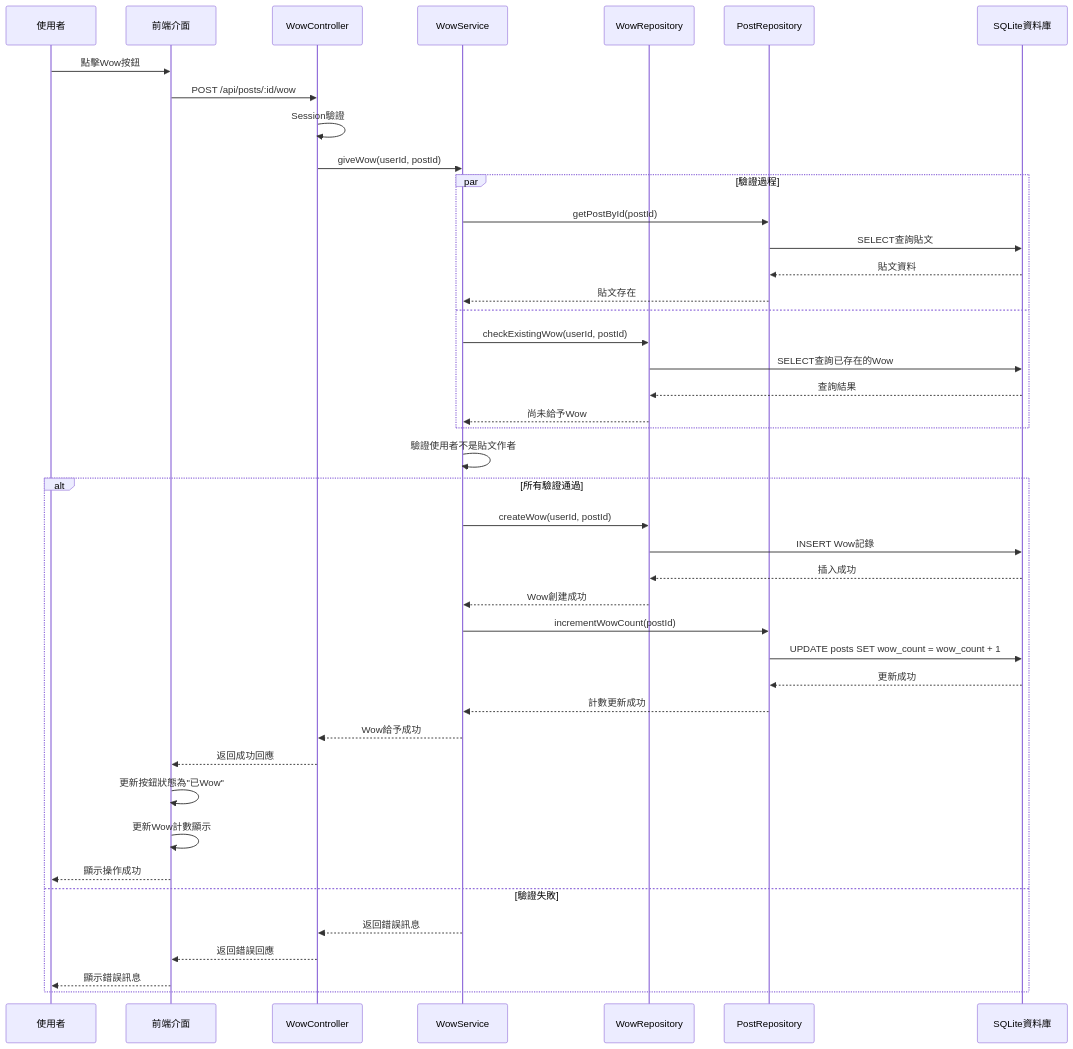
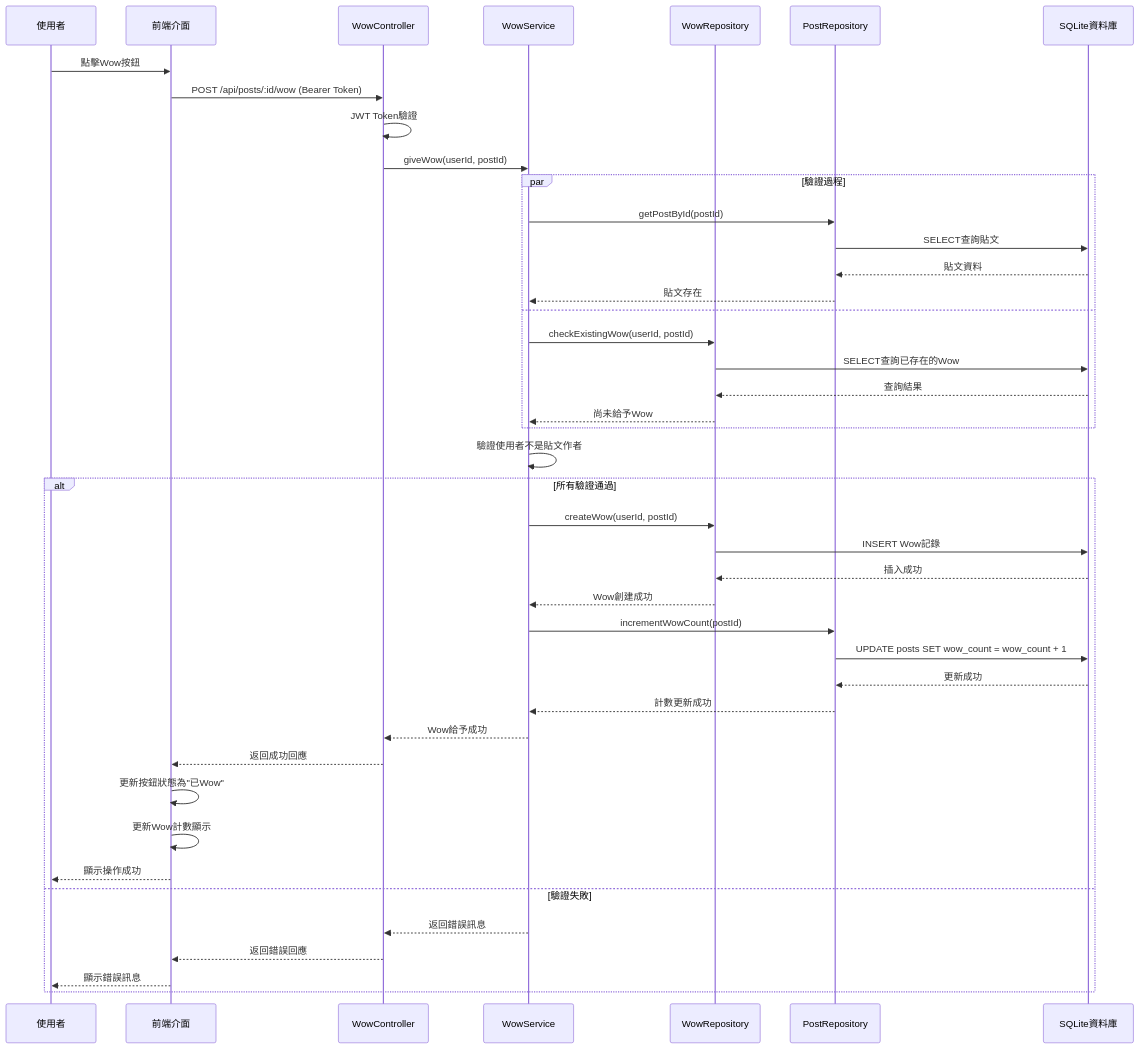
The fourth of 8 diagrams in aotter-wow-system/docs/sequence-diagram.md (ayugioh2003/ooad-ai), drawn with Mermaid before and after one commit. The commit also changed other lines of this file and 3 other files, not shown here.

Commit message:
feat: 更新系統架構與類別圖，新增 JWT 認證與 Token 管理策略，強化安全性設計

````diff
--- a/aotter-wow-system/docs/sequence-diagram.md
+++ b/aotter-wow-system/docs/sequence-diagram.md
@@ -112,49 +112,49 @@
 ```mermaid
 sequenceDiagram
     participant User as 使用者
     participant UI as 前端介面
     participant WC as WowController
     participant WS as WowService
     participant WR as WowRepository
     participant PR as PostRepository
     participant DB as SQLite資料庫
 
     User->>UI: 點擊Wow按鈕
-    UI->>WC: POST /api/posts/:id/wow
-    WC->>WC: Session驗證
+    UI->>WC: POST /api/posts/:id/wow (Bearer Token)
+    WC->>WC: JWT Token驗證
     WC->>WS: giveWow(userId, postId)
     
     par 驗證過程
         WS->>PR: getPostById(postId)
         PR->>DB: SELECT查詢貼文
         DB-->>PR: 貼文資料
         PR-->>WS: 貼文存在
     and
         WS->>WR: checkExistingWow(userId, postId)
         WR->>DB: SELECT查詢已存在的Wow
         DB-->>WR: 查詢結果
         WR-->>WS: 尚未給予Wow
     end
     
     WS->>WS: 驗證使用者不是貼文作者
     
     alt 所有驗證通過
         WS->>WR: createWow(userId, postId)
         WR->>DB: INSERT Wow記錄
         DB-->>WR: 插入成功
         WR-->>WS: Wow創建成功
         WS->>PR: incrementWowCount(postId)
         PR->>DB: UPDATE posts SET wow_count = wow_count + 1
         DB-->>PR: 更新成功
         PR-->>WS: 計數更新成功
         WS-->>WC: Wow給予成功
         WC-->>UI: 返回成功回應
         UI->>UI: 更新按鈕狀態為"已Wow"
         UI->>UI: 更新Wow計數顯示
         UI-->>User: 顯示操作成功
     else 驗證失敗
         WS-->>WC: 返回錯誤訊息
         WC-->>UI: 返回錯誤回應
         UI-->>User: 顯示錯誤訊息
     end
 ```
````
